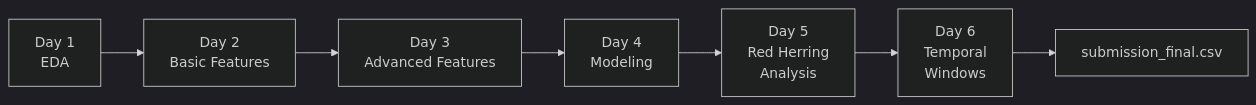
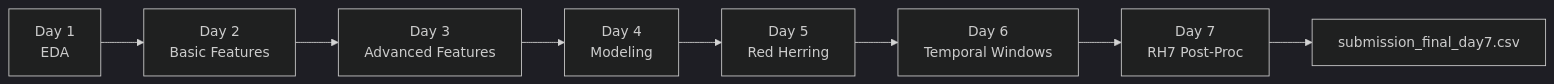
The diagram in README.md (Vedansh-Mittal/IITD-Phase2), drawn with Mermaid (dark theme) before and after one commit. The commit also changed other lines of this file, not shown here.

Commit message:
Update README with Day 7 Temporal & RH7 logic

````diff
--- a/README.md
+++ b/README.md
@@ -158,9 +160,10 @@
 ```mermaid
 graph LR
     A[Day 1<br/>EDA] --> B[Day 2<br/>Basic Features]
     B --> C[Day 3<br/>Advanced Features]
     C --> D[Day 4<br/>Modeling]
-    D --> E[Day 5<br/>Red Herring<br/>Analysis]
-    E --> F[Day 6<br/>Temporal<br/>Windows]
-    F --> G[submission_final.csv]
+    D --> E[Day 5<br/>Red Herring]
+    E --> F[Day 6<br/>Temporal Windows]
+    F --> H[Day 7<br/>RH7 Post-Proc]
+    H --> G[submission_final_day7.csv]
 ```
````
